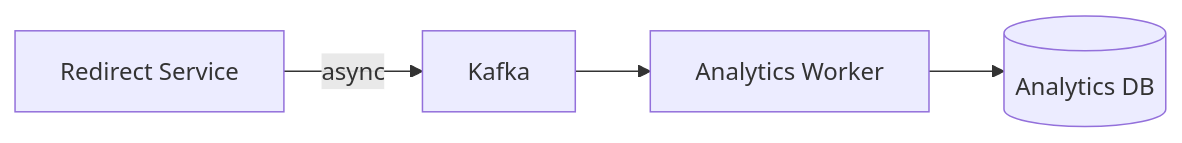
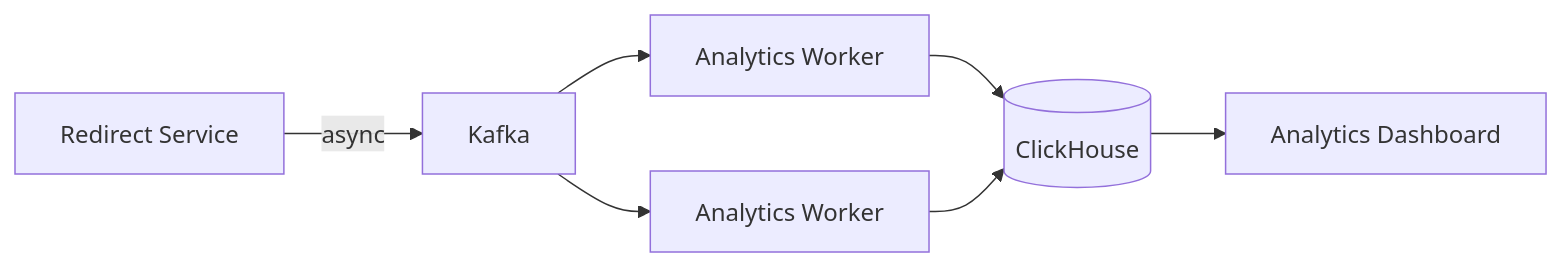
The fourth of 6 diagrams in software_system_design/url_shortening.md (spawn08/system-design-interview), drawn with Mermaid before and after one commit. The commit also changed other lines of this file and 2 other files, not shown here.

````diff
--- a/software_system_design/url_shortening.md
+++ b/software_system_design/url_shortening.md
@@ -350,6 +802,9 @@
 ```mermaid
 flowchart LR
-    Redirect[Redirect Service] -->|async| Queue[Kafka]
-    Queue --> Worker[Analytics Worker]
-    Worker --> Store[(Analytics DB)]
+    Redirect[Redirect Service] -->|async| Kafka[Kafka]
+    Kafka --> Worker1[Analytics Worker]
+    Kafka --> Worker2[Analytics Worker]
+    Worker1 --> ClickHouse[(ClickHouse)]
+    Worker2 --> ClickHouse
+    ClickHouse --> Dashboard[Analytics Dashboard]
 ```
````
